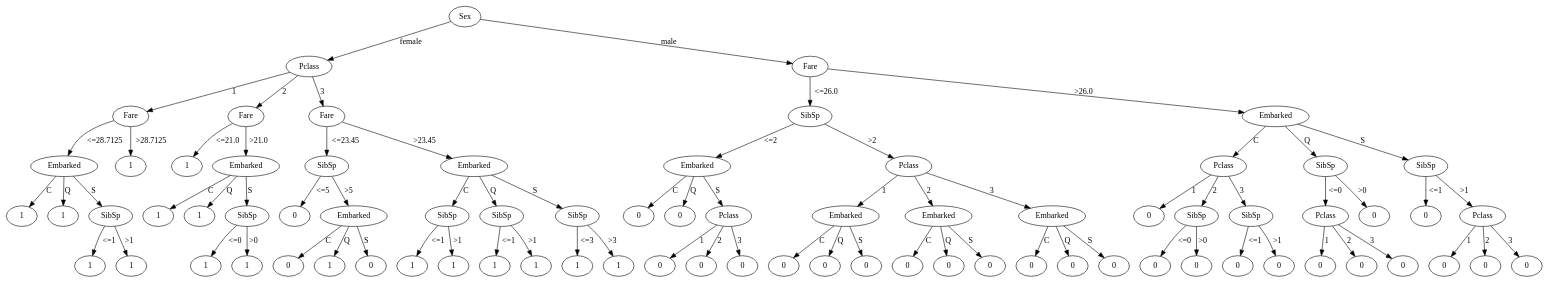
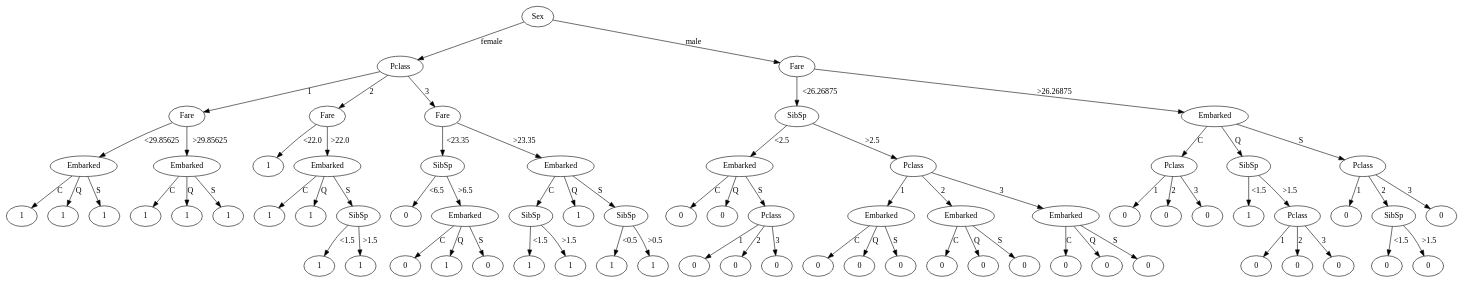
Before and after one commit to jimoskar/methodsInAI: the diagram in Ex4/test-output/round-table.gv, drawn with Graphviz. The commit also changed 2 other files, not shown here.

```diff
--- a/Ex4/test-output/round-table.gv
+++ b/Ex4/test-output/round-table.gv
@@ -1,158 +1,148 @@
 // Decision Tree
 digraph {
 	99 [label=Sex]
 	98 [label=Pclass]
 	99 -> 98 [label=female]
 	97 [label=Fare]
 	98 -> 97 [label=1]
 	96 [label=Embarked]
-	97 -> 96 [label="<=28.7125"]
+	97 -> 96 [label="<29.85625"]
 	95 [label=1]
 	96 -> 95 [label=C]
 	94 [label=1]
 	96 -> 94 [label=Q]
-	93 [label=SibSp]
+	93 [label=1]
 	96 -> 93 [label=S]
-	92 [label=1]
-	93 -> 92 [label="<=1"]
+	92 [label=Embarked]
+	97 -> 92 [label=">29.85625"]
 	91 [label=1]
-	93 -> 91 [label=">1"]
+	92 -> 91 [label=C]
 	90 [label=1]
-	97 -> 90 [label=">28.7125"]
-	89 [label=Fare]
-	98 -> 89 [label=2]
-	88 [label=1]
-	89 -> 88 [label="<=21.0"]
-	87 [label=Embarked]
-	89 -> 87 [label=">21.0"]
-	86 [label=1]
-	87 -> 86 [label=C]
+	92 -> 90 [label=Q]
+	89 [label=1]
+	92 -> 89 [label=S]
+	88 [label=Fare]
+	98 -> 88 [label=2]
+	87 [label=1]
+	88 -> 87 [label="<22.0"]
+	86 [label=Embarked]
+	88 -> 86 [label=">22.0"]
 	85 [label=1]
-	87 -> 85 [label=Q]
-	84 [label=SibSp]
-	87 -> 84 [label=S]
-	83 [label=1]
-	84 -> 83 [label="<=0"]
+	86 -> 85 [label=C]
+	84 [label=1]
+	86 -> 84 [label=Q]
+	83 [label=SibSp]
+	86 -> 83 [label=S]
 	82 [label=1]
-	84 -> 82 [label=">0"]
-	81 [label=Fare]
-	98 -> 81 [label=3]
-	80 [label=SibSp]
-	81 -> 80 [label="<=23.45"]
-	79 [label=0]
-	80 -> 79 [label="<=5"]
-	78 [label=Embarked]
-	80 -> 78 [label=">5"]
-	77 [label=0]
-	78 -> 77 [label=C]
-	76 [label=1]
-	78 -> 76 [label=Q]
-	75 [label=0]
-	78 -> 75 [label=S]
-	74 [label=Embarked]
-	81 -> 74 [label=">23.45"]
-	73 [label=SibSp]
-	74 -> 73 [label=C]
-	72 [label=1]
-	73 -> 72 [label="<=1"]
+	83 -> 82 [label="<1.5"]
+	81 [label=1]
+	83 -> 81 [label=">1.5"]
+	80 [label=Fare]
+	98 -> 80 [label=3]
+	79 [label=SibSp]
+	80 -> 79 [label="<23.35"]
+	78 [label=0]
+	79 -> 78 [label="<6.5"]
+	77 [label=Embarked]
+	79 -> 77 [label=">6.5"]
+	76 [label=0]
+	77 -> 76 [label=C]
+	75 [label=1]
+	77 -> 75 [label=Q]
+	74 [label=0]
+	77 -> 74 [label=S]
+	73 [label=Embarked]
+	80 -> 73 [label=">23.35"]
+	72 [label=SibSp]
+	73 -> 72 [label=C]
 	71 [label=1]
-	73 -> 71 [label=">1"]
-	70 [label=SibSp]
-	74 -> 70 [label=Q]
+	72 -> 71 [label="<1.5"]
+	70 [label=1]
+	72 -> 70 [label=">1.5"]
 	69 [label=1]
-	70 -> 69 [label="<=1"]
-	68 [label=1]
-	70 -> 68 [label=">1"]
-	67 [label=SibSp]
-	74 -> 67 [label=S]
+	73 -> 69 [label=Q]
+	68 [label=SibSp]
+	73 -> 68 [label=S]
+	67 [label=1]
+	68 -> 67 [label="<0.5"]
 	66 [label=1]
-	67 -> 66 [label="<=3"]
-	65 [label=1]
-	67 -> 65 [label=">3"]
-	64 [label=Fare]
-	99 -> 64 [label=male]
-	63 [label=SibSp]
-	64 -> 63 [label="<=26.0"]
-	62 [label=Embarked]
-	63 -> 62 [label="<=2"]
+	68 -> 66 [label=">0.5"]
+	65 [label=Fare]
+	99 -> 65 [label=male]
+	64 [label=SibSp]
+	65 -> 64 [label="<26.26875"]
+	63 [label=Embarked]
+	64 -> 63 [label="<2.5"]
+	62 [label=0]
+	63 -> 62 [label=C]
 	61 [label=0]
-	62 -> 61 [label=C]
-	60 [label=0]
-	62 -> 60 [label=Q]
-	59 [label=Pclass]
-	62 -> 59 [label=S]
+	63 -> 61 [label=Q]
+	60 [label=Pclass]
+	63 -> 60 [label=S]
+	59 [label=0]
+	60 -> 59 [label=1]
 	58 [label=0]
-	59 -> 58 [label=1]
+	60 -> 58 [label=2]
 	57 [label=0]
-	59 -> 57 [label=2]
-	56 [label=0]
-	59 -> 56 [label=3]
-	55 [label=Pclass]
-	63 -> 55 [label=">2"]
-	54 [label=Embarked]
-	55 -> 54 [label=1]
+	60 -> 57 [label=3]
+	56 [label=Pclass]
+	64 -> 56 [label=">2.5"]
+	55 [label=Embarked]
+	56 -> 55 [label=1]
+	54 [label=0]
+	55 -> 54 [label=C]
 	53 [label=0]
-	54 -> 53 [label=C]
+	55 -> 53 [label=Q]
 	52 [label=0]
-	54 -> 52 [label=Q]
-	51 [label=0]
-	54 -> 51 [label=S]
-	50 [label=Embarked]
-	55 -> 50 [label=2]
+	55 -> 52 [label=S]
+	51 [label=Embarked]
+	56 -> 51 [label=2]
+	50 [label=0]
+	51 -> 50 [label=C]
 	49 [label=0]
-	50 -> 49 [label=C]
+	51 -> 49 [label=Q]
 	48 [label=0]
-	50 -> 48 [label=Q]
-	47 [label=0]
-	50 -> 47 [label=S]
-	46 [label=Embarked]
-	55 -> 46 [label=3]
+	51 -> 48 [label=S]
+	47 [label=Embarked]
+	56 -> 47 [label=3]
+	46 [label=0]
+	47 -> 46 [label=C]
 	45 [label=0]
-	46 -> 45 [label=C]
+	47 -> 45 [label=Q]
 	44 [label=0]
-	46 -> 44 [label=Q]
-	43 [label=0]
-	46 -> 43 [label=S]
-	42 [label=Embarked]
-	64 -> 42 [label=">26.0"]
-	41 [label=Pclass]
-	42 -> 41 [label=C]
+	47 -> 44 [label=S]
+	43 [label=Embarked]
+	65 -> 43 [label=">26.26875"]
+	42 [label=Pclass]
+	43 -> 42 [label=C]
+	41 [label=0]
+	42 -> 41 [label=1]
 	40 [label=0]
-	41 -> 40 [label=1]
-	39 [label=SibSp]
-	41 -> 39 [label=2]
-	38 [label=0]
-	39 -> 38 [label="<=0"]
-	37 [label=0]
-	39 -> 37 [label=">0"]
-	36 [label=SibSp]
-	41 -> 36 [label=3]
+	42 -> 40 [label=2]
+	39 [label=0]
+	42 -> 39 [label=3]
+	38 [label=SibSp]
+	43 -> 38 [label=Q]
+	37 [label=1]
+	38 -> 37 [label="<1.5"]
+	36 [label=Pclass]
+	38 -> 36 [label=">1.5"]
 	35 [label=0]
-	36 -> 35 [label="<=1"]
+	36 -> 35 [label=1]
 	34 [label=0]
-	36 -> 34 [label=">1"]
-	33 [label=SibSp]
-	42 -> 33 [label=Q]
+	36 -> 34 [label=2]
+	33 [label=0]
+	36 -> 33 [label=3]
 	32 [label=Pclass]
-	33 -> 32 [label="<=0"]
+	43 -> 32 [label=S]
 	31 [label=0]
 	32 -> 31 [label=1]
-	30 [label=0]
+	30 [label=SibSp]
 	32 -> 30 [label=2]
 	29 [label=0]
-	32 -> 29 [label=3]
+	30 -> 29 [label="<1.5"]
 	28 [label=0]
-	33 -> 28 [label=">0"]
-	27 [label=SibSp]
-	42 -> 27 [label=S]
-	26 [label=0]
-	27 -> 26 [label="<=1"]
-	25 [label=Pclass]
-	27 -> 25 [label=">1"]
-	24 [label=0]
-	25 -> 24 [label=1]
-	23 [label=0]
-	25 -> 23 [label=2]
-	22 [label=0]
-	25 -> 22 [label=3]
+	30 -> 28 [label=">1.5"]
+	27 [label=0]
+	32 -> 27 [label=3]
 }
```
